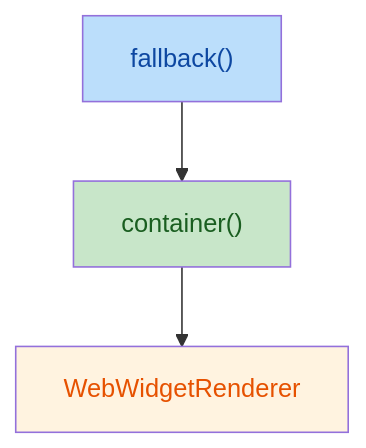
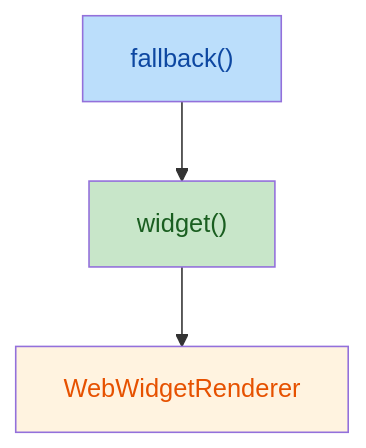
One commit to web-widget/web-widget changed the diagram in rfcs/html-widget-island.zh.md. Above: the diagram before and after it, drawn with Mermaid. The commit also changed other lines of this file and 351 other files, not shown here.

````diff
--- a/rfcs/html-widget-island.zh.md
+++ b/rfcs/html-widget-island.zh.md
@@ -64,9 +64,9 @@
 ```mermaid
 flowchart TD
-    A["fallback()"] --> B["container()"]
+    A["fallback()"] --> B["widget()"]
     B --> C["WebWidgetRenderer"]
 
     style A fill:#bbdefb,color:#0d47a1
     style B fill:#c8e6c9,color:#1a5e20
     style C fill:#fff3e0,color:#e65100
 ```
````
